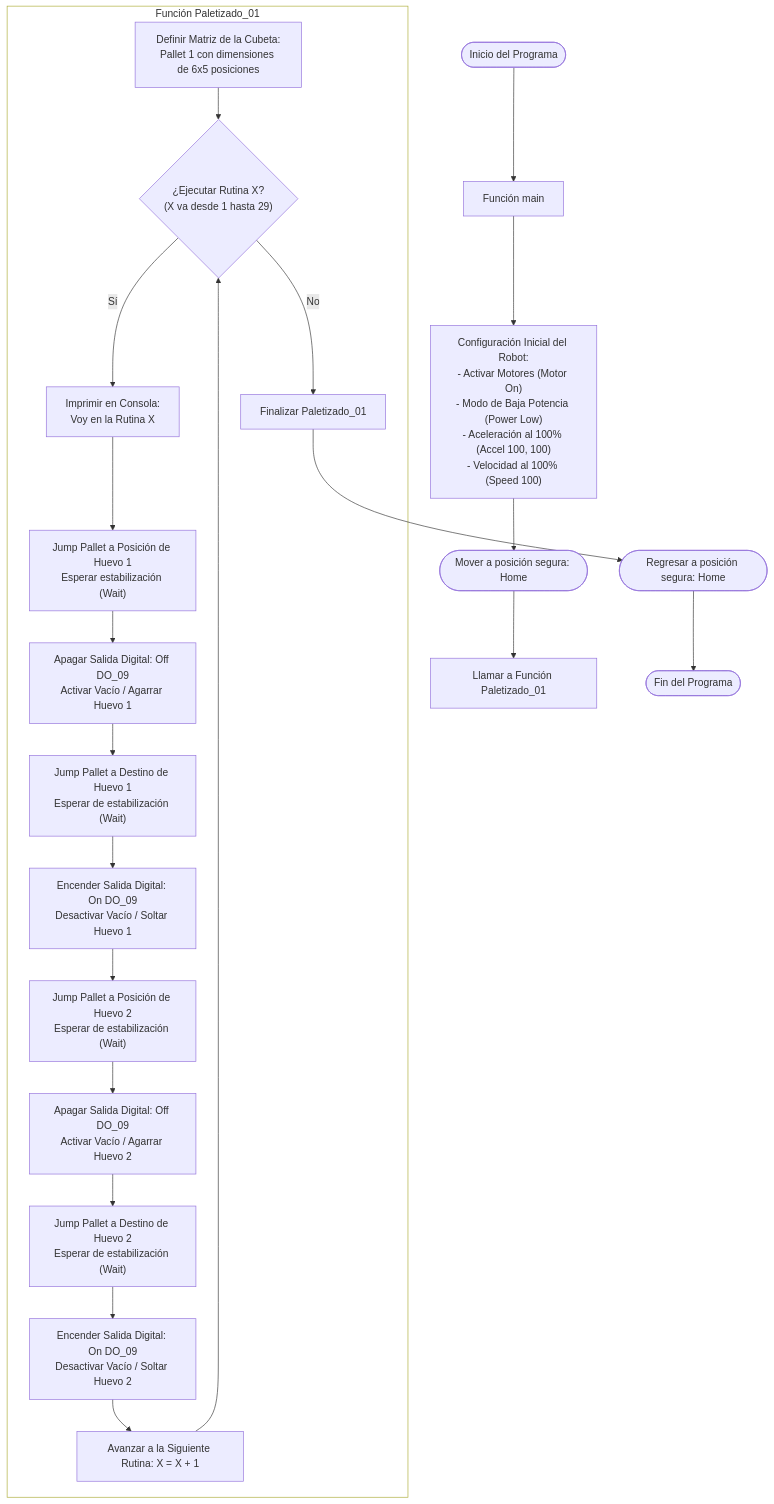
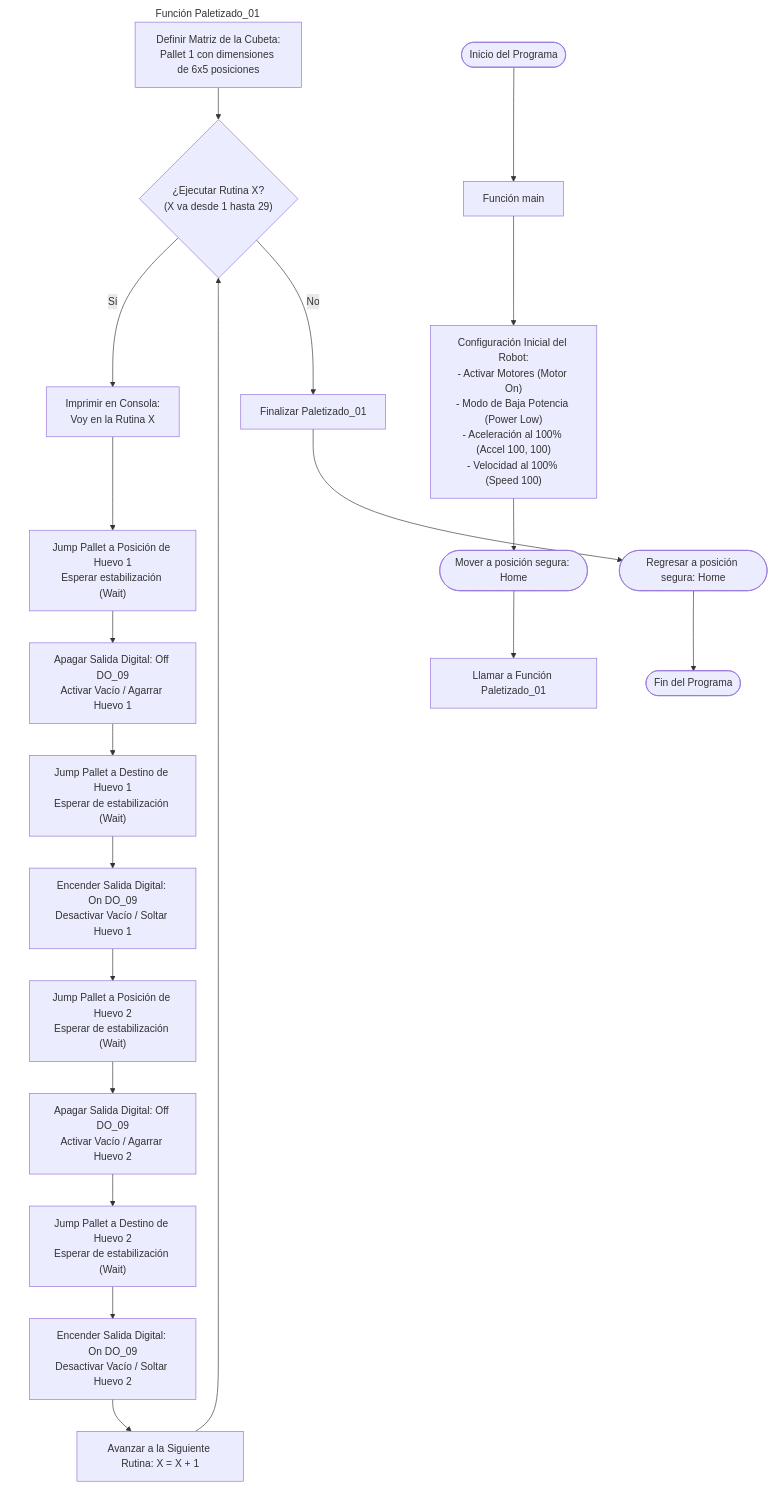
Before and after one commit to labsir-un/Robotica-2026-I-Equipo-3C-Moreno-Ramos: the diagram in Laboratorio No. 03 - Robótica Industrial EPSON T3 401S y EPSON RC+/README.MD, drawn with Mermaid.

Commit message:
Make Paletizado_01 background and border transparent
Updated style for Paletizado_01 to include stroke transparency.

````diff
--- a/Laboratorio No. 03 - Robótica Industrial EPSON T3 401S y EPSON RC+/README.MD
+++ b/Laboratorio No. 03 - Robótica Industrial EPSON T3 401S y EPSON RC+/README.MD
@@ -212,36 +212,36 @@
 ```mermaid
 flowchart TD
     Start([Inicio del Programa]) --> Main["Función main"]
     Main --> Init["Configuración Inicial del Robot:<br>- Activar Motores (Motor On)<br>- Modo de Baja Potencia (Power Low)<br>- Aceleración al 100% (Accel 100, 100)<br>- Velocidad al 100% (Speed 100)"]
     Init --> GoHome1(["Mover a posición segura: Home"])
     GoHome1 --> CallRoutine["Llamar a Función Paletizado_01"]
     
     subgraph Paletizado_01 ["Función Paletizado_01"]
         DefPallet["Definir Matriz de la Cubeta:<br>Pallet 1 con dimensiones de 6x5 posiciones"] --> RoutineLoop{"¿Ejecutar Rutina X?<br>(X va desde 1 hasta 29)"}
         
         RoutineLoop -- Sí --> PrintMsg["Imprimir en Consola:<br>Voy en la Rutina X"]
         
         PrintMsg --> PickH1["Jump Pallet a Posición de Huevo 1<br>Esperar estabilización (Wait)"]
         PickH1 --> GrabH1["Apagar Salida Digital: Off DO_09<br>Activar Vacío / Agarrar Huevo 1"]
         
         GrabH1 --> DropH1["Jump Pallet a Destino de Huevo 1<br>Esperar de estabilización (Wait)"]
         DropH1 --> ReleaseH1["Encender Salida Digital: On DO_09<br>Desactivar Vacío / Soltar Huevo 1"]
         
         ReleaseH1 --> PickH2["Jump Pallet a Posición de Huevo 2<br>Esperar de estabilización (Wait)"]
         PickH2 --> GrabH2["Apagar Salida Digital: Off DO_09<br>Activar Vacío / Agarrar Huevo 2"]
         
         GrabH2 --> DropH2["Jump Pallet a Destino de Huevo 2<br>Esperar de estabilización (Wait)"]
         DropH2 --> ReleaseH2["Encender Salida Digital: On DO_09<br>Desactivar Vacío / Soltar Huevo 2"]
         
         ReleaseH2 --> NextRoutine["Avanzar a la Siguiente Rutina: X = X + 1"]
         NextRoutine --> RoutineLoop
         
         RoutineLoop -- No --> EndRoutine["Finalizar Paletizado_01"]
     end
 
     EndRoutine --> GoHome2(["Regresar a posición segura: Home"])
     GoHome2 --> EndProg([Fin del Programa])
 
     %% Estilos para volver invisible el fondo y borde del recuadro del subgraph
-    style Paletizado_01 fill:transparent
+    style Paletizado_01 fill:transparent,stroke:transparent
 ```
````
